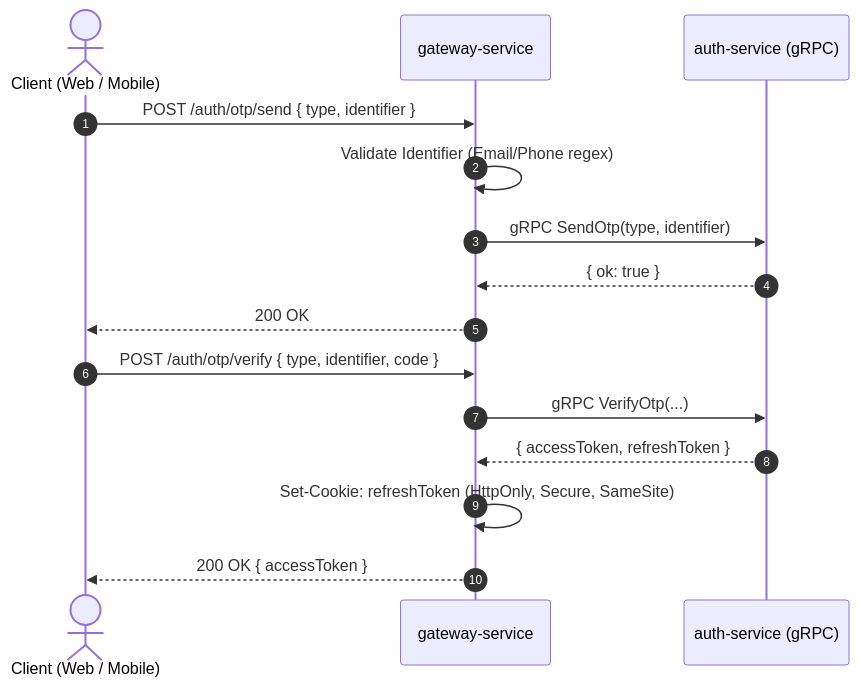
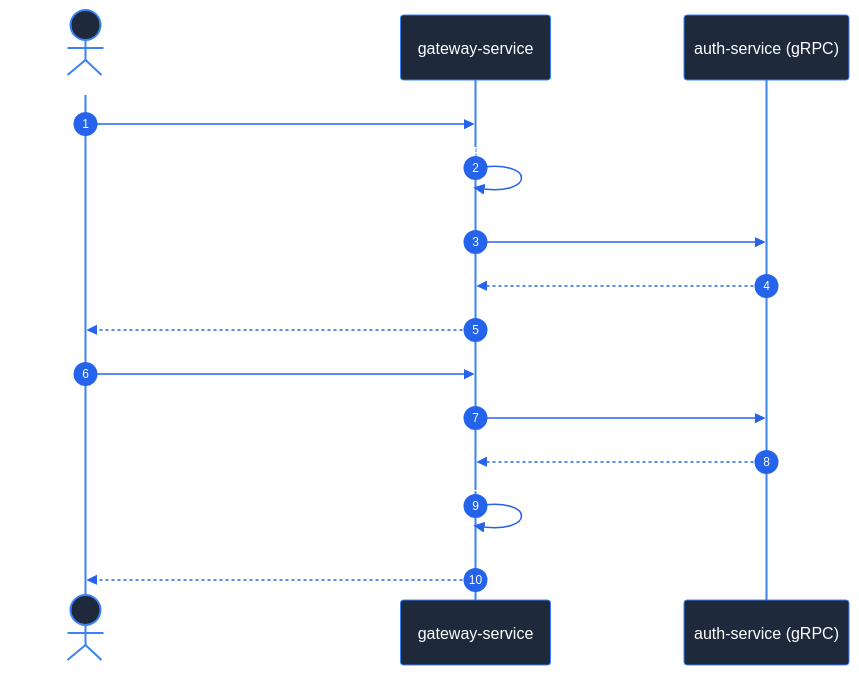
The third of 7 diagrams in apps/gateway-service/README.md (kan-ckm/tomato_cinema), drawn with Mermaid before and after one commit. The commit also changed other lines of this file and 3 other files, not shown here.

Commit message:
docs: tối ưu hóa màu sắc sơ đồ Mermaid trong toàn bộ README cho cả Dark và Light theme

````diff
--- a/apps/gateway-service/README.md
+++ b/apps/gateway-service/README.md
@@ -118,19 +145,44 @@
 ```mermaid
+%%{
+  init: {
+    'theme': 'base',
+    'themeVariables': {
+      'primaryColor': '#1e3a8a',
+      'primaryTextColor': '#ffffff',
+      'primaryBorderColor': '#3b82f6',
+      'actorBkg': '#1e293b',
+      'actorBorder': '#3b82f6',
+      'actorTextColor': '#ffffff',
+      'actorLineColor': '#3b82f6',
+      'signalColor': '#2563eb',
+      'labelBoxBkgColor': '#1e293b',
+      'labelBoxBorderColor': '#3b82f6',
+      'labelTextColor': '#ffffff',
+      'loopTextColor': '#2563eb',
+      'noteBkgColor': '#1e3a8a',
+      'noteBorderColor': '#3b82f6',
+      'noteTextColor': '#ffffff',
+      'activationBkgColor': '#334155',
+      'activationBorderColor': '#60a5fa',
+      'sequenceNumberColor': '#ffffff'
+    }
+  }
+}%%
 sequenceDiagram
     autonumber
     actor User as Client (Web / Mobile)
     participant GW as gateway-service
     participant Auth as auth-service (gRPC)
 
     User->>GW: POST /auth/otp/send { type, identifier }
     GW->>GW: Validate Identifier (Email/Phone regex)
     GW->>Auth: gRPC SendOtp(type, identifier)
     Auth-->>GW: { ok: true }
     GW-->>User: 200 OK
 
     User->>GW: POST /auth/otp/verify { type, identifier, code }
     GW->>Auth: gRPC VerifyOtp(...)
     Auth-->>GW: { accessToken, refreshToken }
     GW->>GW: Set-Cookie: refreshToken (HttpOnly, Secure, SameSite)
     GW-->>User: 200 OK { accessToken }
 ```
````
